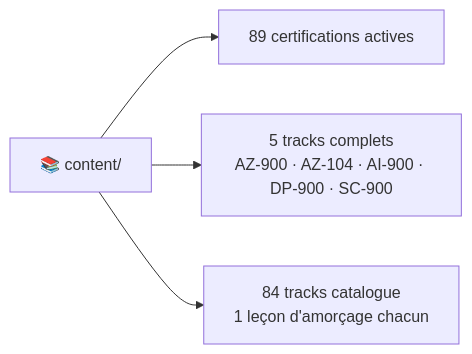
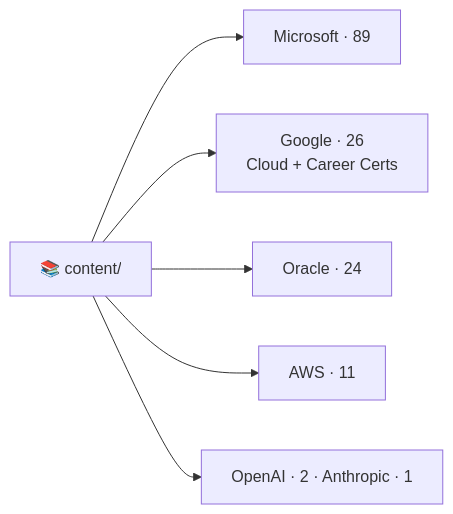
The third of 5 diagrams in docs/ETAT_DU_PROJET.md (gaby27072001/certigo), drawn with Mermaid before and after one commit. The commit also changed other lines of this file and 1 other file, not shown here.

````diff
--- a/docs/ETAT_DU_PROJET.md
+++ b/docs/ETAT_DU_PROJET.md
@@ -142,6 +142,8 @@
 ```mermaid
 graph LR
-    C["📚 content/"] --> ACT["89 certifications actives"]
-    C --> RICH["5 tracks complets<br/>AZ-900 · AZ-104 · AI-900 · DP-900 · SC-900"]
-    C --> MIN["84 tracks catalogue<br/>1 leçon d'amorçage chacun"]
+    C["📚 content/"] --> MS["Microsoft · 89"]
+    C --> GO["Google · 26<br/>Cloud + Career Certs"]
+    C --> OR["Oracle · 24"]
+    C --> AW["AWS · 11"]
+    C --> AI["OpenAI · 2 · Anthropic · 1"]
 ```
````
